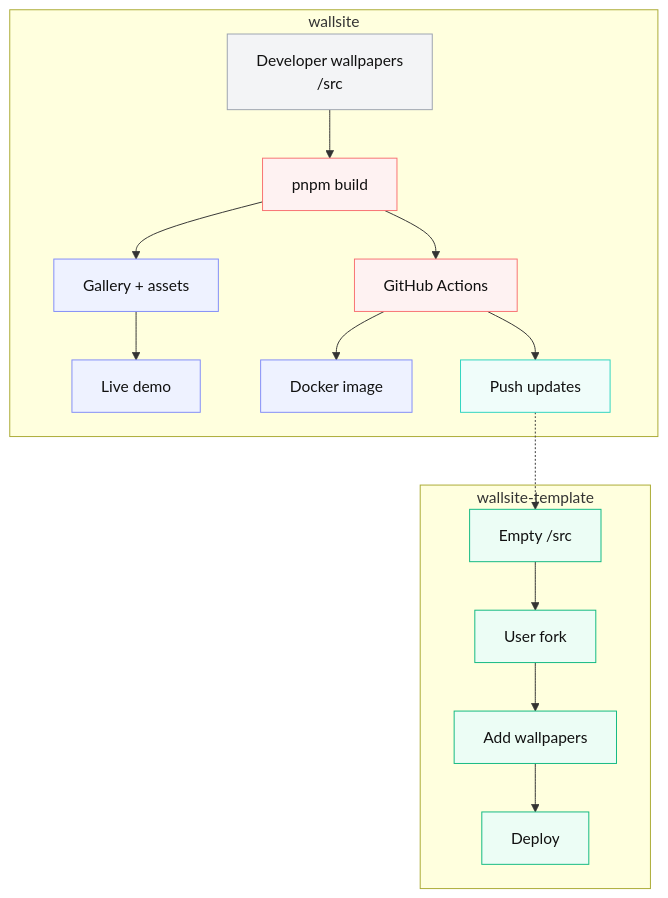
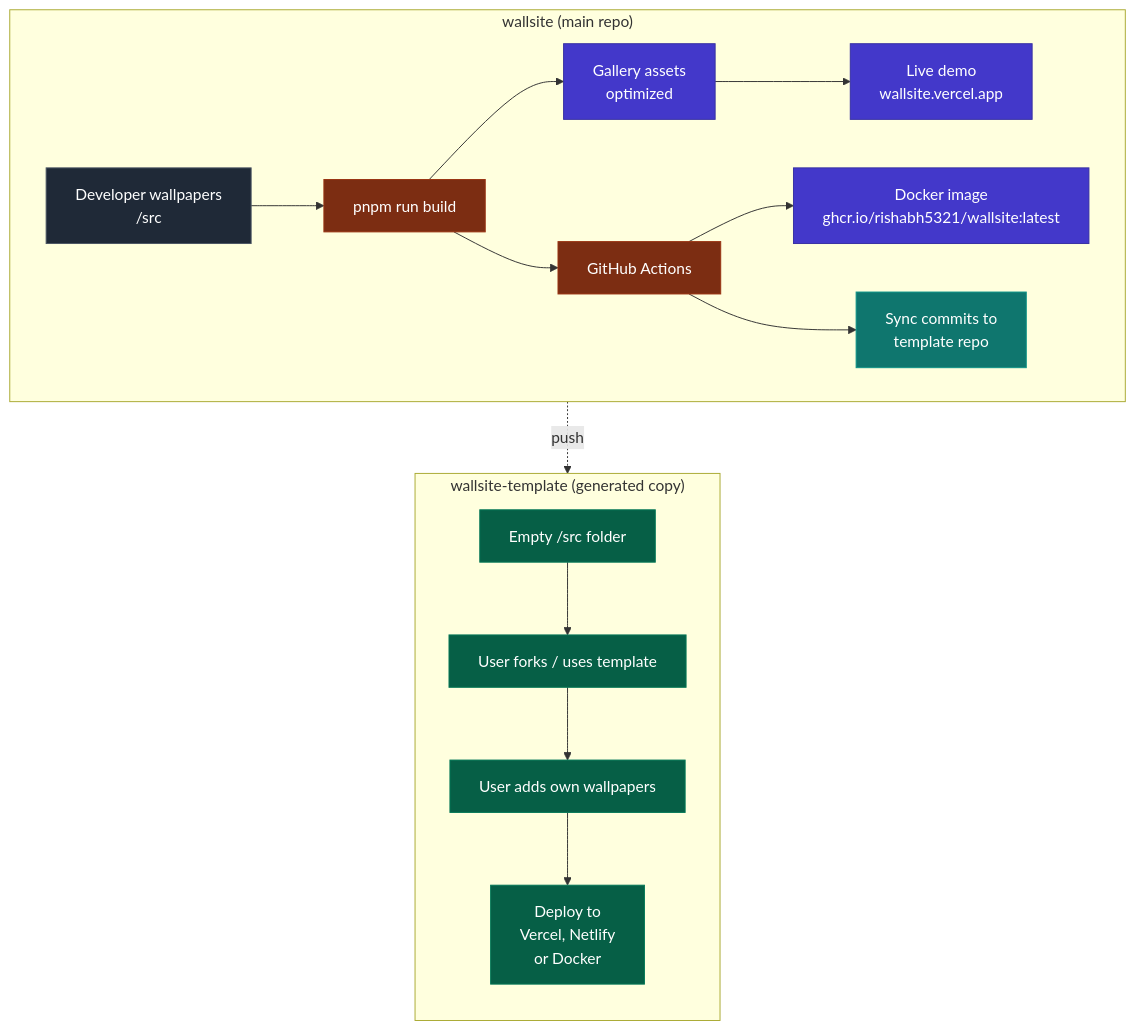
The diagram in readme.md (Rishabh5321/wallsite), drawn with Mermaid before and after one commit.

Commit message:
docs: update architecture diagram in readme
Updates the architecture diagram in the readme to use a dark
theme and improve clarity.

````diff
--- a/readme.md
+++ b/readme.md
@@ -16,33 +16,42 @@
 ```mermaid
-%% GitHub-README friendly, light-mode colors
+%% ------------- THEME & LAYOUT -------------
+%% Title & styling
 %% -------------------------------
 graph TD
-    classDef repo   fill:#f3f4f6,stroke:#9ca3af,color:#111
-    classDef user   fill:#ecfdf5,stroke:#10b981,color:#111
-    classDef action fill:#fef2f2,stroke:#f87171,color:#111
-    classDef output fill:#eef2ff,stroke:#818cf8,color:#111
-    classDef sync   fill:#f0fdfa,stroke:#2dd4bf,color:#111
+    classDef repo    fill:#1f2937,stroke:#4b5563,color:#ffffff
+    classDef user    fill:#065f46,stroke:#047857,color:#ffffff
+    classDef action  fill:#7c2d12,stroke:#9a3412,color:#ffffff
+    classDef output  fill:#4338ca,stroke:#3730a3,color:#ffffff
+    classDef sync    fill:#0f766e,stroke:#0d9488,color:#ffffff
 
-    subgraph wallsite
+    %% ------------- DEVELOPMENT REPO -------------
+    subgraph "wallsite (main repo)"
+        direction LR
         A[Developer wallpapers<br>/src]:::repo
-        B[pnpm build]:::action
-        C[Gallery + assets]:::output
-        D[Live demo]:::output
+        B[pnpm run build]:::action
+        C[Gallery assets<br>optimized]:::output
+        D[Live demo<br>wallsite.vercel.app]:::output
         E[GitHub Actions]:::action
-        F[Docker image]:::output
-        G[Push updates]:::sync
-        A --> B --> C --> D
-        B --> E --> F
+        F["Docker image<br>ghcr.io/rishabh5321/wallsite:latest"]:::output
+        G[Sync commits to<br>template repo]:::sync
+
+        A --> B --> C
+        C --> D
+        B --> E
+        E --> F
         E --> G
     end
 
-    subgraph wallsite-template
-        H[Empty /src]:::user
-        I[User fork]:::user
-        J[Add wallpapers]:::user
-        K[Deploy]:::user
+    %% ------------- USER TEMPLATE -------------
+    subgraph "wallsite-template (generated copy)"
+        direction TB
+        H[Empty /src folder]:::user
+        I[User forks / uses template]:::user
+        J[User adds own wallpapers]:::user
+        K[Deploy to<br>Vercel, Netlify<br>or Docker]:::user
         H --> I --> J --> K
     end
 
-    G -.-> H
+    %% ------------- SYNC ARROW -------------
+    G -.->|push| H
 ```
````
